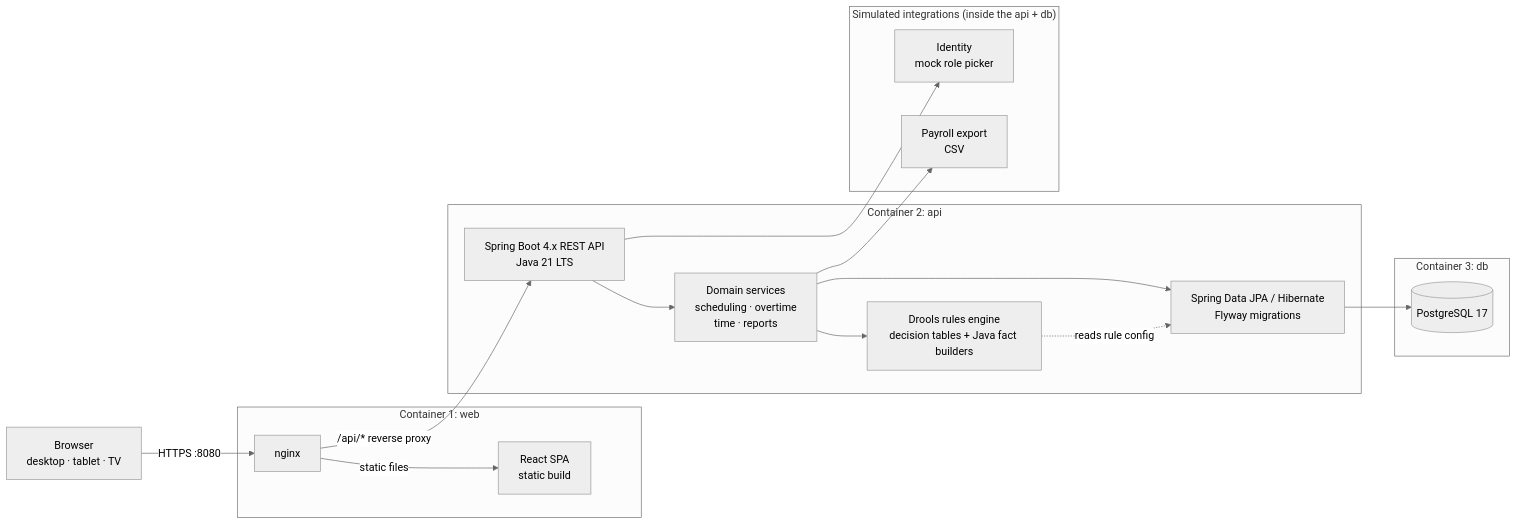
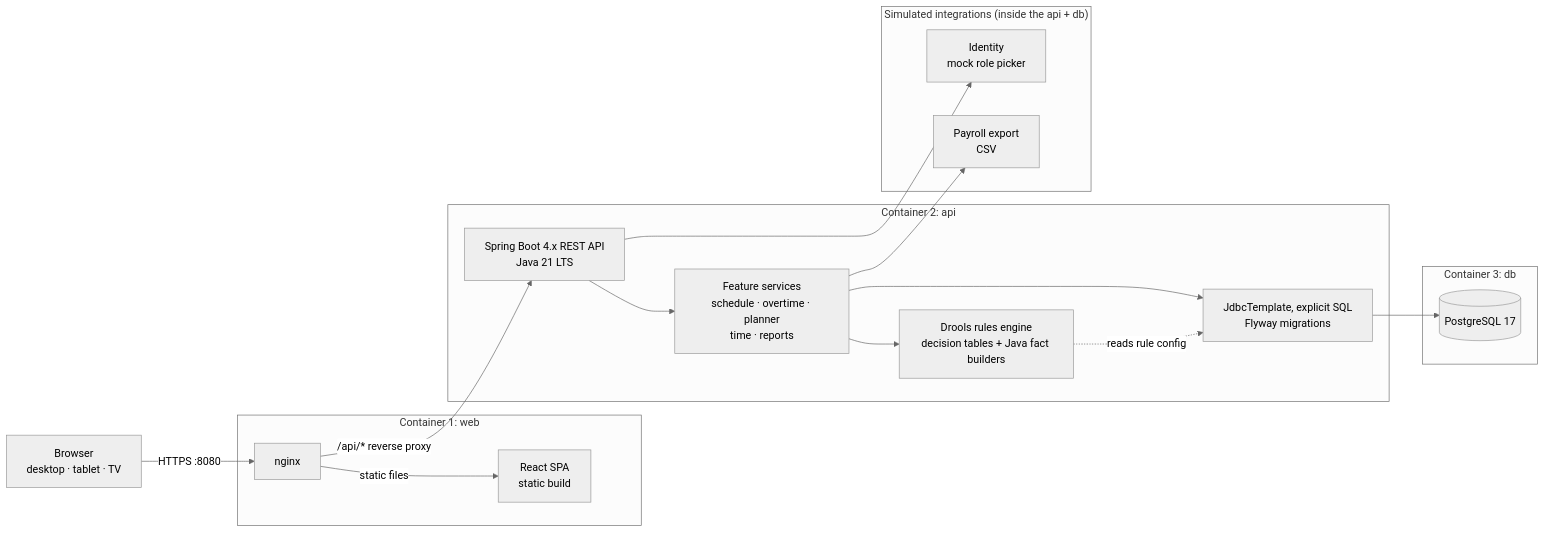
Before and after one commit to dmhdev01-cell/ShiftCircle: the first of 2 diagrams in docs/03-architecture.md, drawn with Mermaid (neutral theme). The commit also changed other lines of this file and 5 other files, not shown here.

Commit message:
SC: docs truth pass: architecture as built, rules defects, known limits, roadmap

````diff
--- a/docs/03-architecture.md
+++ b/docs/03-architecture.md
@@ -9,34 +9,34 @@
 ```mermaid
 flowchart LR
     U[Browser<br/>desktop · tablet · TV]
 
     subgraph C1["Container 1: web"]
         NG[nginx]
         SPA[React SPA<br/>static build]
     end
 
     subgraph C2["Container 2: api"]
         API[Spring Boot 4.x REST API<br/>Java 21 LTS]
         RE[Drools rules engine<br/>decision tables + Java fact builders]
-        SVC[Domain services<br/>scheduling · overtime<br/>time · reports]
-        EF[Spring Data JPA / Hibernate<br/>Flyway migrations]
+        SVC[Feature services<br/>schedule · overtime · planner<br/>time · reports]
+        EF[JdbcTemplate, explicit SQL<br/>Flyway migrations]
     end
 
     subgraph C3["Container 3: db"]
         PG[(PostgreSQL 17)]
     end
 
     U -->|HTTPS :8080| NG
     NG -->|static files| SPA
     NG -->|/api/* reverse proxy| API
     API --> SVC --> RE
     SVC --> EF --> PG
     RE -. reads rule config .-> EF
 
     subgraph SIM["Simulated integrations (inside the api + db)"]
         PAY[Payroll export<br/>CSV]
         IDP[Identity<br/>mock role picker]
     end
     SVC --> PAY
     API --> IDP
 ```
````
